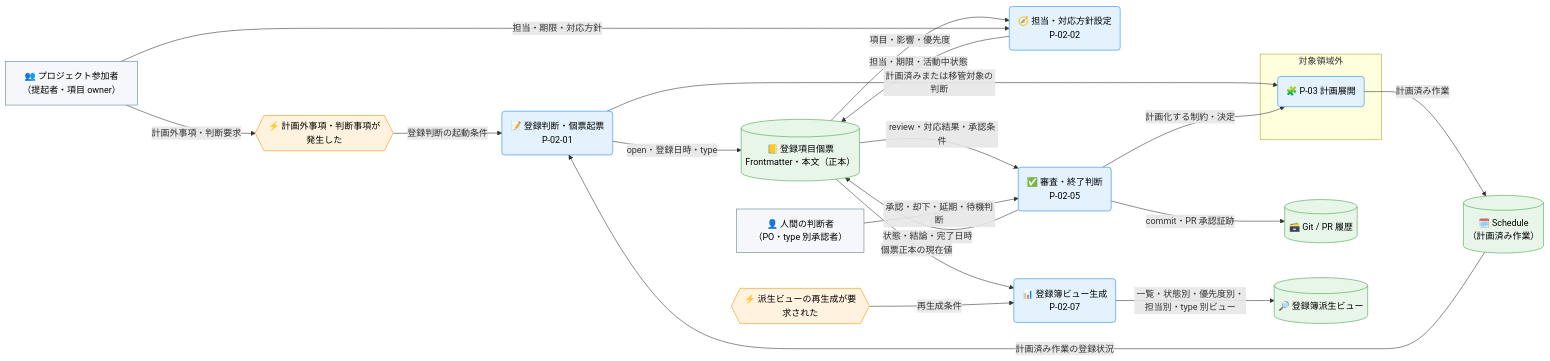
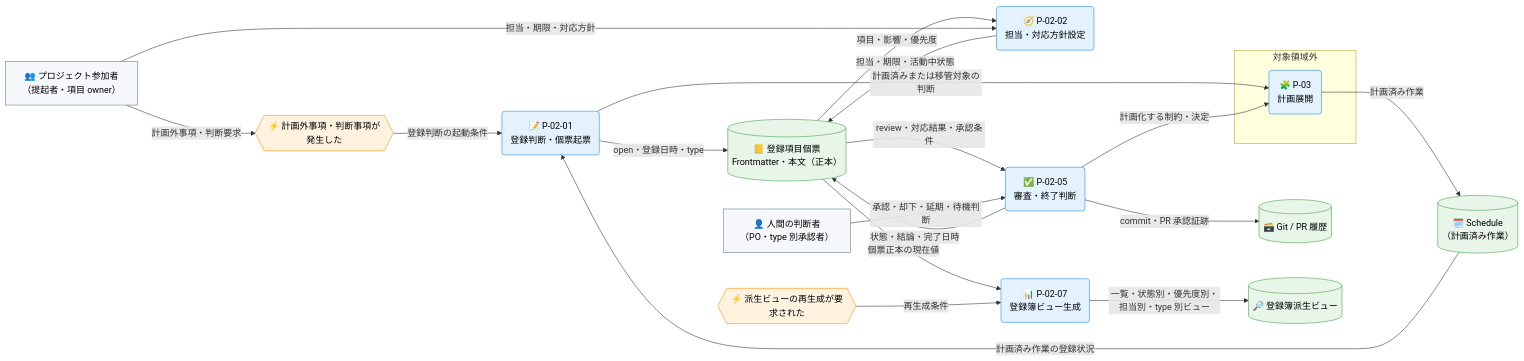
Before and after one commit to specdojo/specdojo: the first of 3 diagrams in docs/ja/product/010-business-specs/010-data-flow/cdfd-register-operation.md, drawn with Mermaid. The commit also changed other lines of this file and 7 other files, not shown here.

````diff
--- a/docs/ja/product/010-business-specs/010-data-flow/cdfd-register-operation.md
+++ b/docs/ja/product/010-business-specs/010-data-flow/cdfd-register-operation.md
@@ -96,53 +96,53 @@
 ```mermaid
 flowchart LR
   classDef process fill:#e3f2fd,stroke:#1e88e5,color:#000
   classDef event fill:#fff3e0,stroke:#fb8c00,color:#000
   classDef store fill:#e8f5e9,stroke:#43a047,color:#000
   classDef actor fill:#f5f7fa,stroke:#607d8b,color:#000
 
   プロジェクト参加者["👥 プロジェクト参加者<br>（提起者・項目 owner）"]
   人間判断者["👤 人間の判断者<br>（PO・type 別承認者）"]
 
   事項発生{{"⚡ 計画外事項・判断事項が発生した"}}
   再生成要求{{"⚡ 派生ビューの再生成が要求された"}}
 
-  登録判断個票起票("📝 登録判断・個票起票<br>P-02-01")
-  担当対応方針設定("🧭 担当・対応方針設定<br>P-02-02")
-  審査終了判断("✅ 審査・終了判断<br>P-02-05")
-  登録簿ビュー生成("📊 登録簿ビュー生成<br>P-02-07")
+  登録判断個票起票("📝 P-02-01<br>登録判断・個票起票")
+  担当対応方針設定("🧭 P-02-02<br>担当・対応方針設定")
+  審査終了判断("✅ P-02-05<br>審査・終了判断")
+  登録簿ビュー生成("📊 P-02-07<br>登録簿ビュー生成")
 
   登録項目個票[("📒 登録項目個票<br>Frontmatter・本文（正本）")]
   Git履歴[("🗃️ Git / PR 履歴")]
   登録簿派生ビュー[("🔎 登録簿派生ビュー")]
   Schedule[("🗓️ Schedule<br>（計画済み作業）")]
 
   subgraph 領域外["対象領域外"]
-    計画展開("🧩 P-03 計画展開")
+    計画展開("🧩 P-03<br>計画展開")
   end
 
   プロジェクト参加者 -->|"計画外事項・判断要求"| 事項発生
   事項発生 -->|"登録判断の起動条件"| 登録判断個票起票
   Schedule -->|"計画済み作業の登録状況"| 登録判断個票起票
   登録判断個票起票 -->|"open・登録日時・type"| 登録項目個票
   登録判断個票起票 -->|"計画済みまたは移管対象の判断"| 計画展開
 
   登録項目個票 -->|"項目・影響・優先度"| 担当対応方針設定
   プロジェクト参加者 -->|"担当・期限・対応方針"| 担当対応方針設定
   担当対応方針設定 -->|"担当・期限・活動中状態"| 登録項目個票
 
   登録項目個票 -->|"review・対応結果・承認条件"| 審査終了判断
   人間判断者 -->|"承認・却下・延期・待機判断"| 審査終了判断
   審査終了判断 -->|"状態・結論・完了日時"| 登録項目個票
   審査終了判断 -->|"commit・PR 承認証跡"| Git履歴
   審査終了判断 -->|"計画化する制約・決定"| 計画展開
 
   登録項目個票 -->|"個票正本の現在値"| 登録簿ビュー生成
   再生成要求 -->|"再生成条件"| 登録簿ビュー生成
   登録簿ビュー生成 -->|"一覧・状態別・優先度別・担当別・type 別ビュー"| 登録簿派生ビュー
   計画展開 -->|"計画済み作業"| Schedule
 
   class 登録判断個票起票,担当対応方針設定,審査終了判断,登録簿ビュー生成,計画展開 process
   class 事項発生,再生成要求 event
   class 登録項目個票,Git履歴,登録簿派生ビュー,Schedule store
   class プロジェクト参加者,人間判断者 actor
 ```
````
